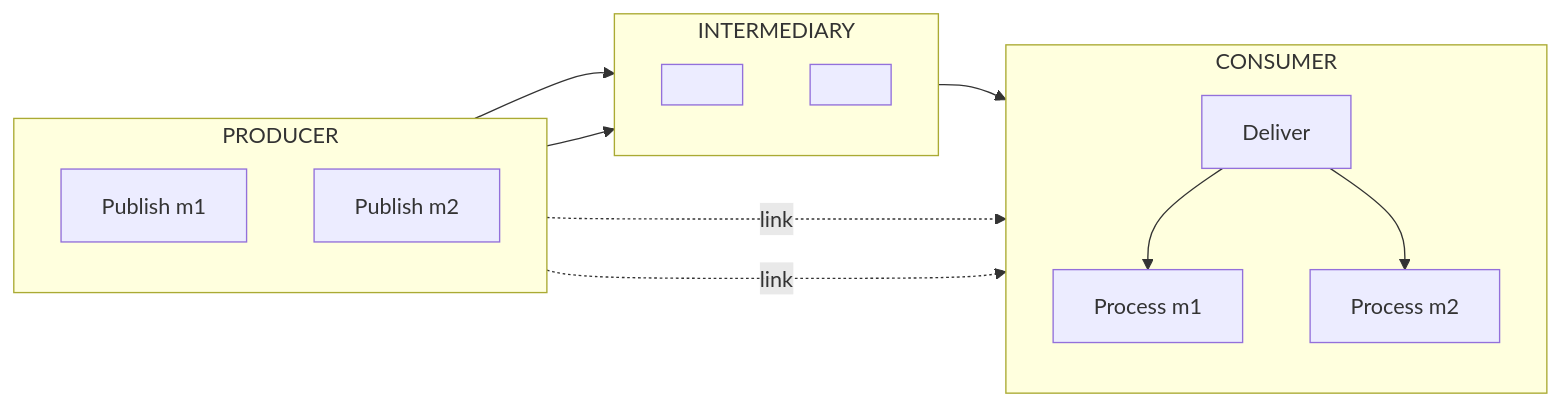
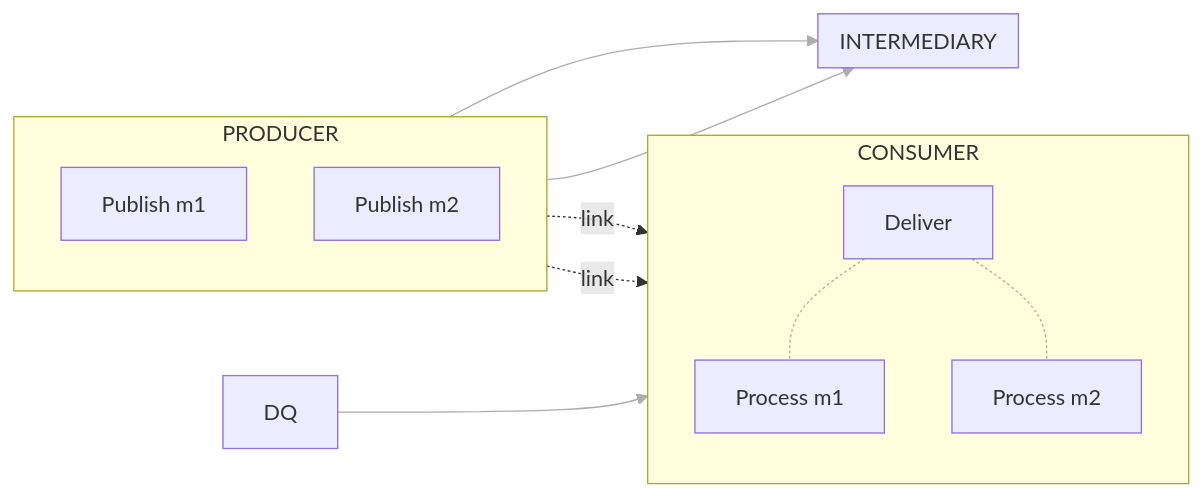
Before and after one commit to open-telemetry/oteps: diagram 13 of 13 in text/trace/0220-messaging-semantic-conventions-span-structure.md, drawn with Mermaid. The commit also changed other lines of this file, not shown here.

````diff
--- a/text/trace/0220-messaging-semantic-conventions-span-structure.md
+++ b/text/trace/0220-messaging-semantic-conventions-span-structure.md
@@ -504,23 +530,24 @@
 ```mermaid
 flowchart LR;
   subgraph PRODUCER
   direction TB
   PM1[Publish m1]
   PM2[Publish m2]
   end
   subgraph INTERMEDIARY
-  direction TB
-  EQ[       ]
-  DQ[       ]
   end
   subgraph CONSUMER
   direction TB
-  D[Deliver]-->PRM1[Process m1]
-  D-->PRM2[Process m2]
+  D[Deliver]-.-PRM1[Process m1]
+  D-.-PRM2[Process m2]
   end
   PM1-. link .->D;
   PM2-. link .->D;
-  PM1-->EQ;
-  PM2-->EQ;
+  PM1-->INTERMEDIARY;
+  PM2-->INTERMEDIARY;
   DQ-->D;
+
+  classDef additional opacity:0.4
+  class additional INTERMEDIARY,PRM1,PRM2
+  linkStyle 0,1,4,5,6 opacity:0.4
 ```
````
